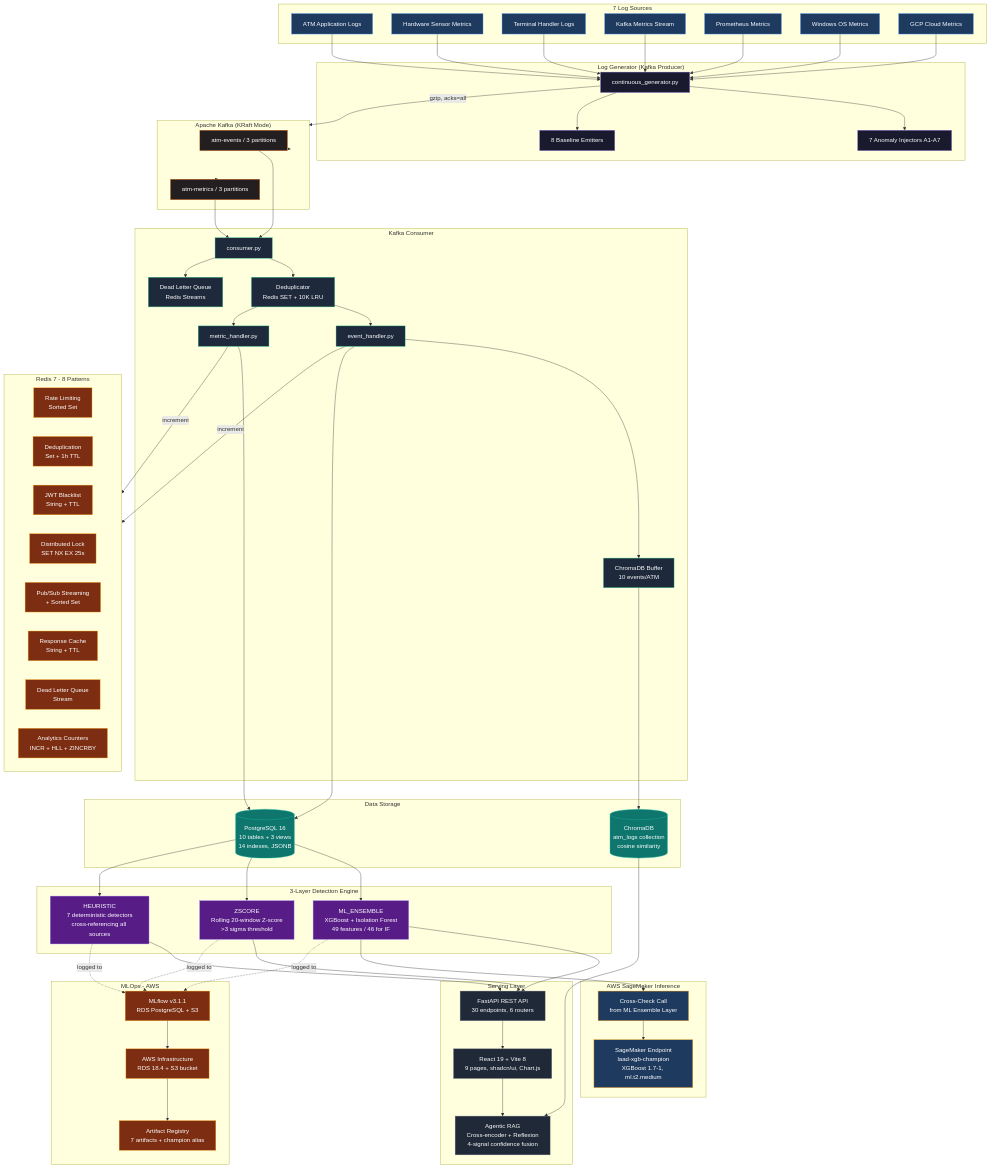
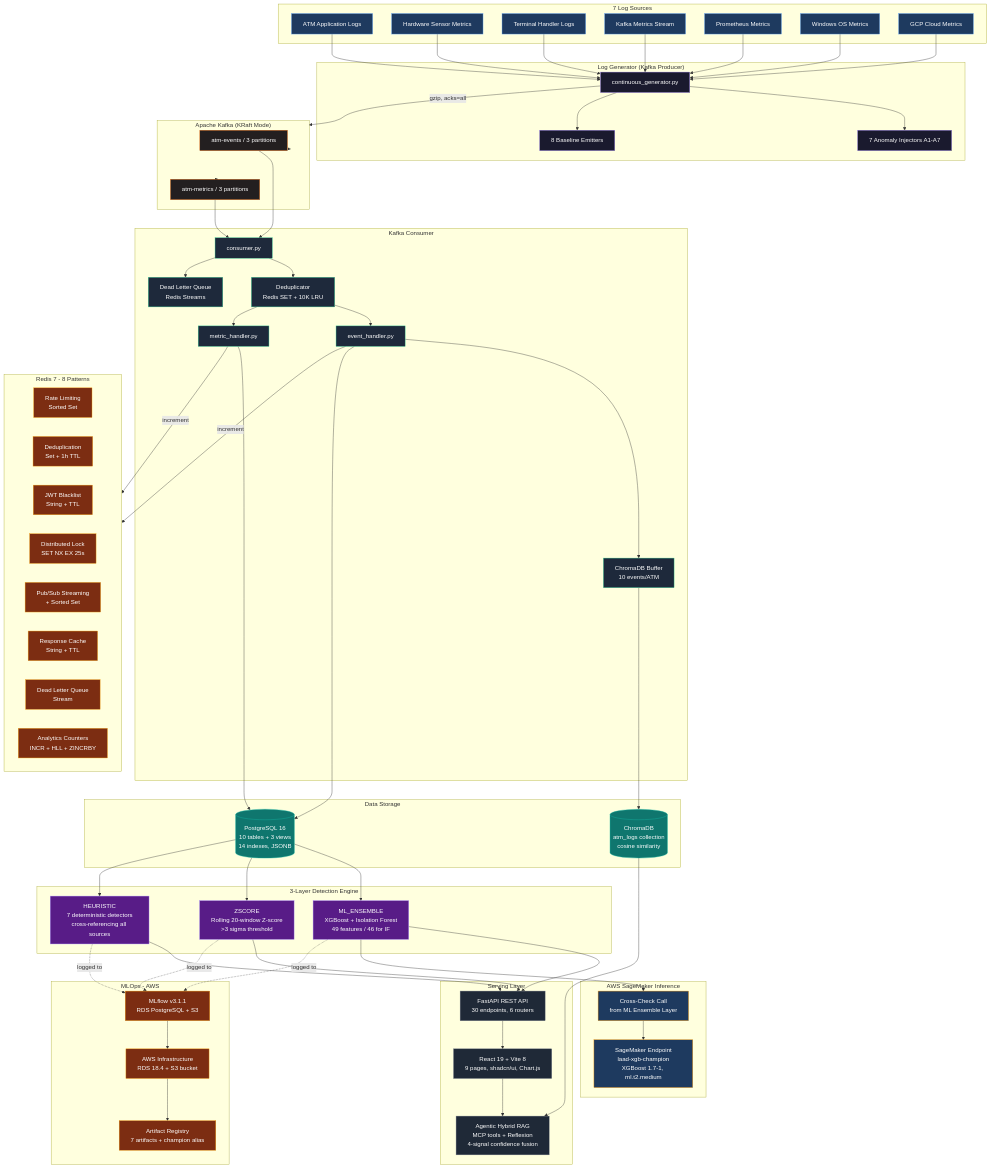
The first of 10 diagrams in README.md (AhmedIkram05/laad), drawn with Mermaid before and after one commit. The commit also changed other lines of this file, not shown here.

First line of the commit message:
docs: update README to reflect changes in Agentic RAG terminology and testing details

```diff
--- a/README.md
+++ b/README.md
@@ -127,7 +127,7 @@
   subgraph Serving ["Serving Layer"]
     API["FastAPI REST API<br/>30 endpoints, 6 routers"]
     UI["React 19 + Vite 8<br/>9 pages, shadcn/ui, Chart.js"]
-    RAG["Agentic RAG<br/>Cross-encoder + Reflexion<br/>4-signal confidence fusion"]
+    RAG["Agentic Hybrid RAG<br/>MCP tools + Reflexion<br/>4-signal confidence fusion"]
   end
 
   subgraph MLOps ["MLOps - AWS"]
```
